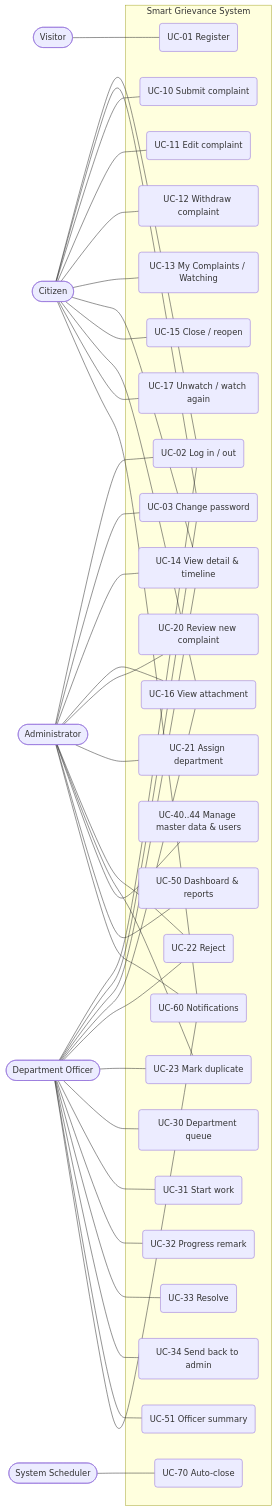
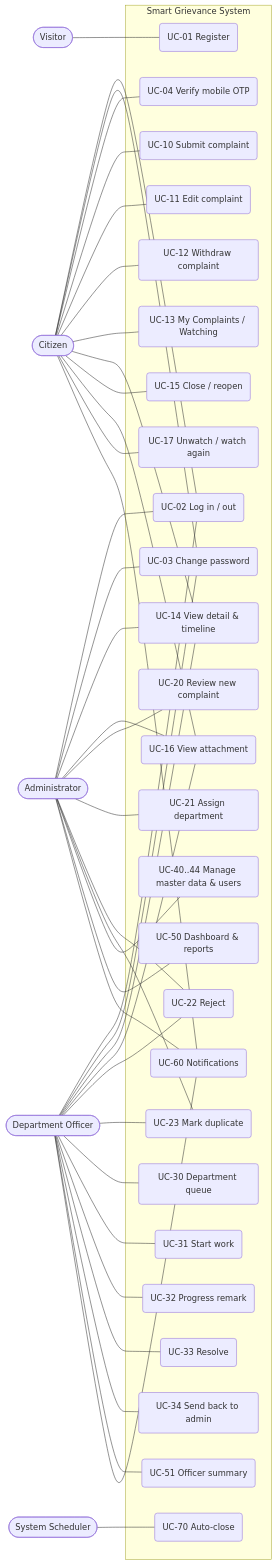
Before and after one commit to Mahesh38/arya_project: the diagram in docs/specs/04-use-cases.md, drawn with Mermaid. The commit also changed other lines of this file and 6 other files, not shown here.

First line of the commit message:
docs: add Pune areas, mobile OTP verification and seed/demo data appendix

````diff
--- a/docs/specs/04-use-cases.md
+++ b/docs/specs/04-use-cases.md
@@ -55,42 +56,43 @@
 ```mermaid
 flowchart LR
     V([Visitor])
     C([Citizen])
     O([Department Officer])
     A([Administrator])
     S([System Scheduler])
 
     subgraph SYS[Smart Grievance System]
         UC01(UC-01 Register)
         UC02(UC-02 Log in / out)
         UC03(UC-03 Change password)
+        UC04(UC-04 Verify mobile OTP)
         UC10(UC-10 Submit complaint)
         UC11(UC-11 Edit complaint)
         UC12(UC-12 Withdraw complaint)
         UC13(UC-13 My Complaints / Watching)
         UC14(UC-14 View detail & timeline)
         UC15(UC-15 Close / reopen)
         UC16(UC-16 View attachment)
         UC17(UC-17 Unwatch / watch again)
         UC20(UC-20 Review new complaint)
         UC21(UC-21 Assign department)
         UC22(UC-22 Reject)
         UC23(UC-23 Mark duplicate)
         UC30(UC-30 Department queue)
         UC31(UC-31 Start work)
         UC32(UC-32 Progress remark)
         UC33(UC-33 Resolve)
         UC34(UC-34 Send back to admin)
         UC4X(UC-40..44 Manage master data & users)
         UC50(UC-50 Dashboard & reports)
         UC51(UC-51 Officer summary)
         UC60(UC-60 Notifications)
         UC70(UC-70 Auto-close)
     end
 
     V --- UC01
-    C --- UC02 & UC03 & UC10 & UC11 & UC12 & UC13 & UC14 & UC15 & UC16 & UC17 & UC60
+    C --- UC02 & UC03 & UC04 & UC10 & UC11 & UC12 & UC13 & UC14 & UC15 & UC16 & UC17 & UC60
     O --- UC02 & UC03 & UC14 & UC16 & UC22 & UC23 & UC30 & UC31 & UC32 & UC33 & UC34 & UC51 & UC60
     A --- UC02 & UC03 & UC14 & UC16 & UC20 & UC21 & UC22 & UC23 & UC4X & UC50 & UC60
     S --- UC70
 ```
````
